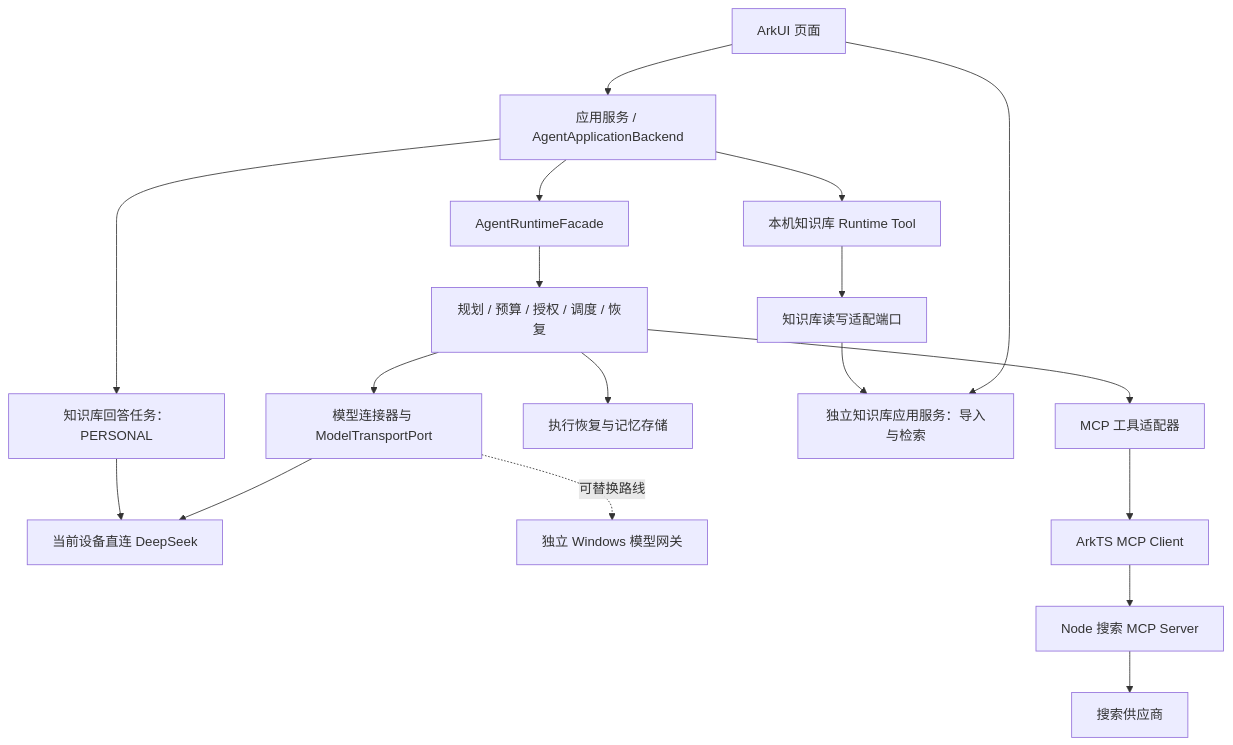
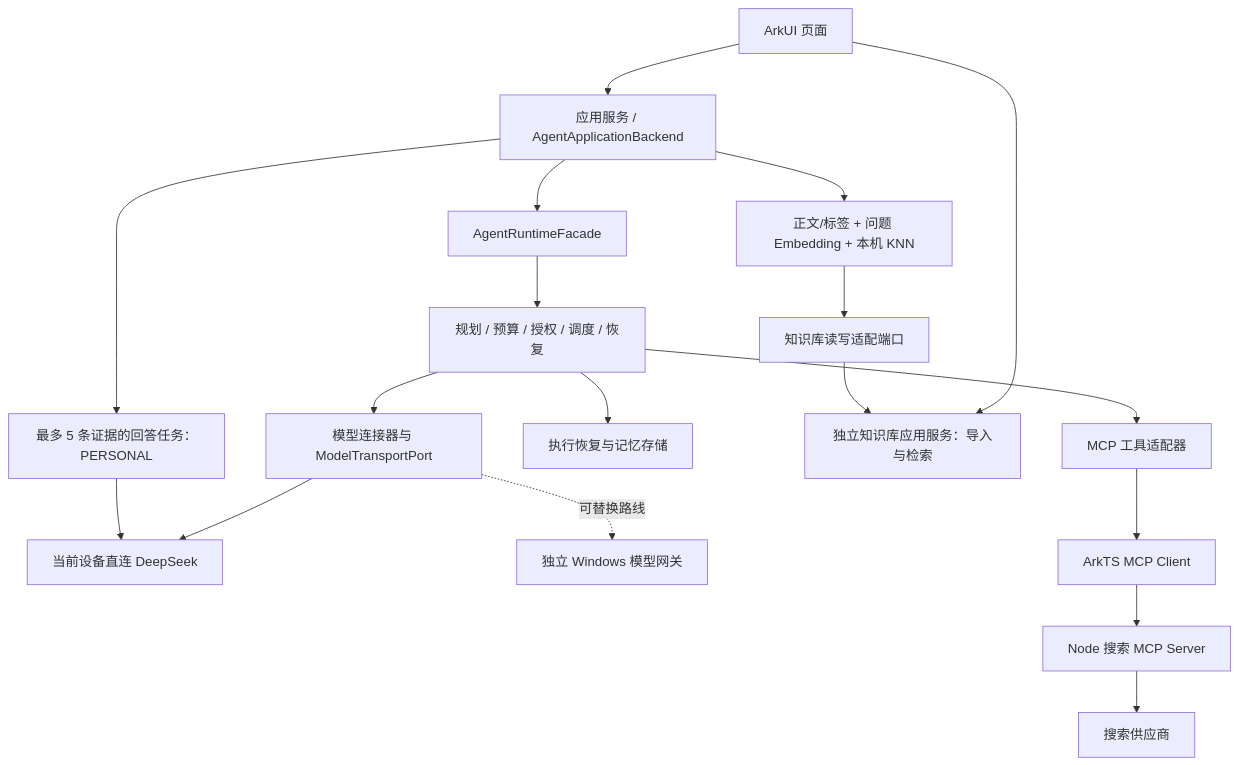
The diagram in docs/architecture/Agent运行时架构.md (ZaneOw0/Shuvi-agent), drawn with Mermaid before and after one commit. The commit also changed other lines of this file and 19 other files, not shown here.

````diff
--- a/docs/architecture/Agent运行时架构.md
+++ b/docs/architecture/Agent运行时架构.md
@@ -11,20 +11,20 @@
 ```mermaid
 flowchart TD
   UI[ArkUI 页面] --> App[应用服务 / AgentApplicationBackend]
   App --> Facade[AgentRuntimeFacade]
   Facade --> Runtime[规划 / 预算 / 授权 / 调度 / 恢复]
   Runtime --> Model[模型连接器与 ModelTransportPort]
   Runtime --> Tools[MCP 工具适配器]
   Runtime --> Storage[执行恢复与记忆存储]
   Model --> Direct[当前设备直连 DeepSeek]
   Model -. 可替换路线 .-> Gateway[独立 Windows 模型网关]
   Tools --> Client[ArkTS MCP Client]
   Client --> Search[Node 搜索 MCP Server]
   Search --> Provider[搜索供应商]
   UI --> RAG[独立知识库应用服务：导入与检索]
-  App --> KBTool[本机知识库 Runtime Tool]
-  KBTool --> KBPort[知识库读写适配端口]
+  App --> KBRetrieve[正文/标签 + 问题 Embedding + 本机 KNN]
+  KBRetrieve --> KBPort[知识库读写适配端口]
   KBPort --> RAG
-  App --> KBAnswer[知识库回答任务：PERSONAL]
+  App --> KBAnswer[最多 5 条证据的回答任务：PERSONAL]
   KBAnswer --> Direct
 ```
````
